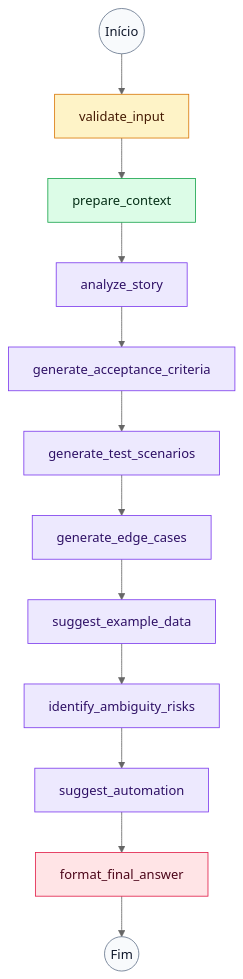
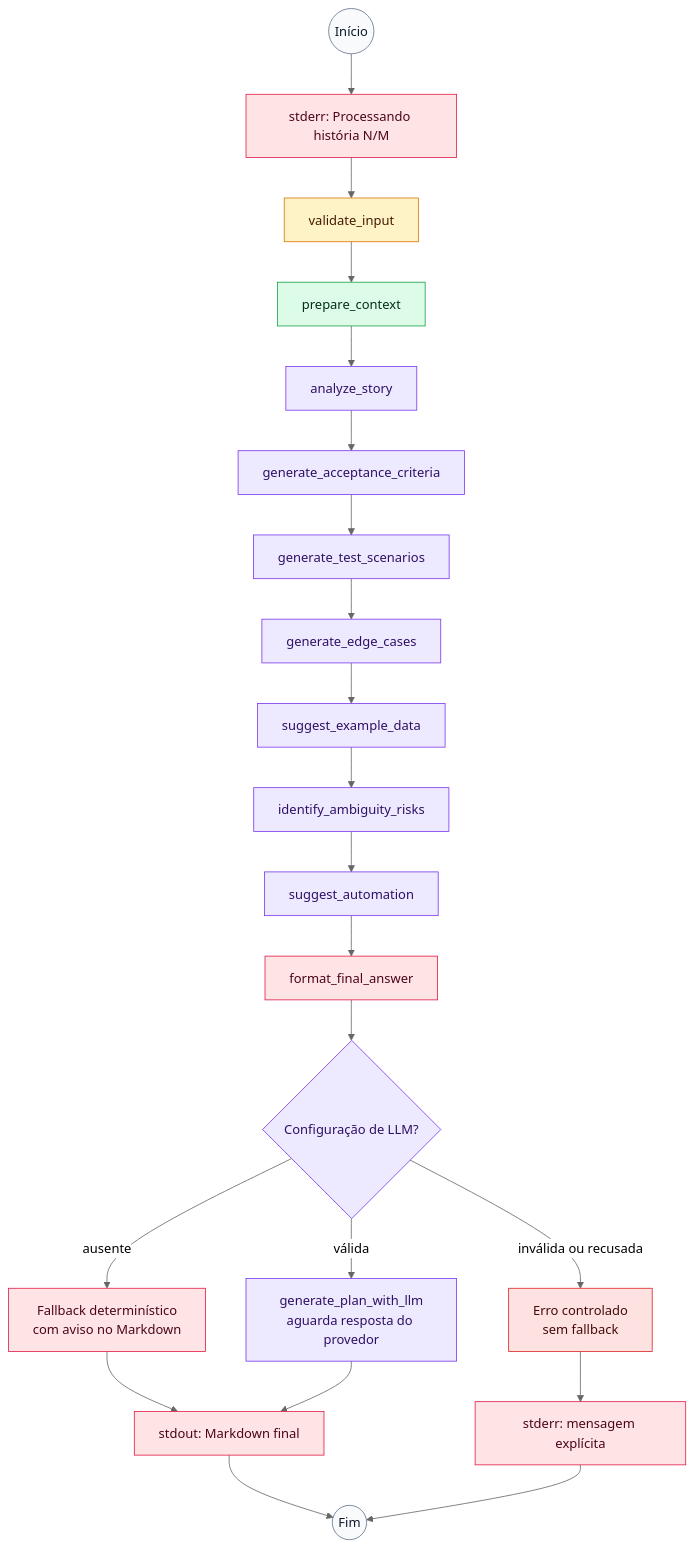
The second of 2 diagrams in README.md (geocarlos/test-plan-agent), drawn with Mermaid (neutral theme) before and after one commit. The commit also changed other lines of this file, not shown here.

Commit message:
docs: update agent flow diagrams

````diff
--- a/README.md
+++ b/README.md
@@ -69,26 +76,37 @@
 ```mermaid
 flowchart TD
-    start_node((Início)) --> validate_input[validate_input]
+    start_node((Início)) --> progress_start[stderr: Processando história N/M]
+    progress_start --> validate_input[validate_input]
     validate_input --> prepare_context[prepare_context]
     prepare_context --> analyze_story[analyze_story]
     analyze_story --> acceptance[generate_acceptance_criteria]
     acceptance --> scenarios[generate_test_scenarios]
     scenarios --> edge_cases[generate_edge_cases]
     edge_cases --> example_data[suggest_example_data]
     example_data --> risks[identify_ambiguity_risks]
     risks --> automation[suggest_automation]
     automation --> final_answer[format_final_answer]
-    final_answer --> finish_node((Fim))
+    final_answer --> llm_config{Configuração de LLM?}
+    llm_config -->|ausente| deterministic_fallback[Fallback determinístico<br/>com aviso no Markdown]
+    llm_config -->|válida| llm_request[generate_plan_with_llm<br/>aguarda resposta do provedor]
+    llm_config -->|inválida ou recusada| llm_error[Erro controlado<br/>sem fallback]
+    deterministic_fallback --> stdout_markdown[stdout: Markdown final]
+    llm_request --> stdout_markdown
+    llm_error --> stderr_message[stderr: mensagem explícita]
+    stdout_markdown --> finish_node((Fim))
+    stderr_message --> finish_node
 
     classDef boundaryClass fill:#f8fafc,stroke:#64748b,color:#0f172a
     classDef validationClass fill:#fef3c7,stroke:#d97706,color:#451a03
     classDef contextClass fill:#dcfce7,stroke:#16a34a,color:#052e16
     classDef generationClass fill:#ede9fe,stroke:#7c3aed,color:#2e1065
     classDef finalClass fill:#ffe4e6,stroke:#e11d48,color:#4c0519
+    classDef errorClass fill:#fee2e2,stroke:#dc2626,color:#450a0a
 
     class start_node,finish_node boundaryClass
     class validate_input validationClass
     class prepare_context contextClass
-    class analyze_story,acceptance,scenarios,edge_cases,example_data,risks,automation generationClass
-    class final_answer finalClass
+    class analyze_story,acceptance,scenarios,edge_cases,example_data,risks,automation,llm_config,llm_request generationClass
+    class final_answer,progress_start,deterministic_fallback,stdout_markdown,stderr_message finalClass
+    class llm_error errorClass
 ```
````
